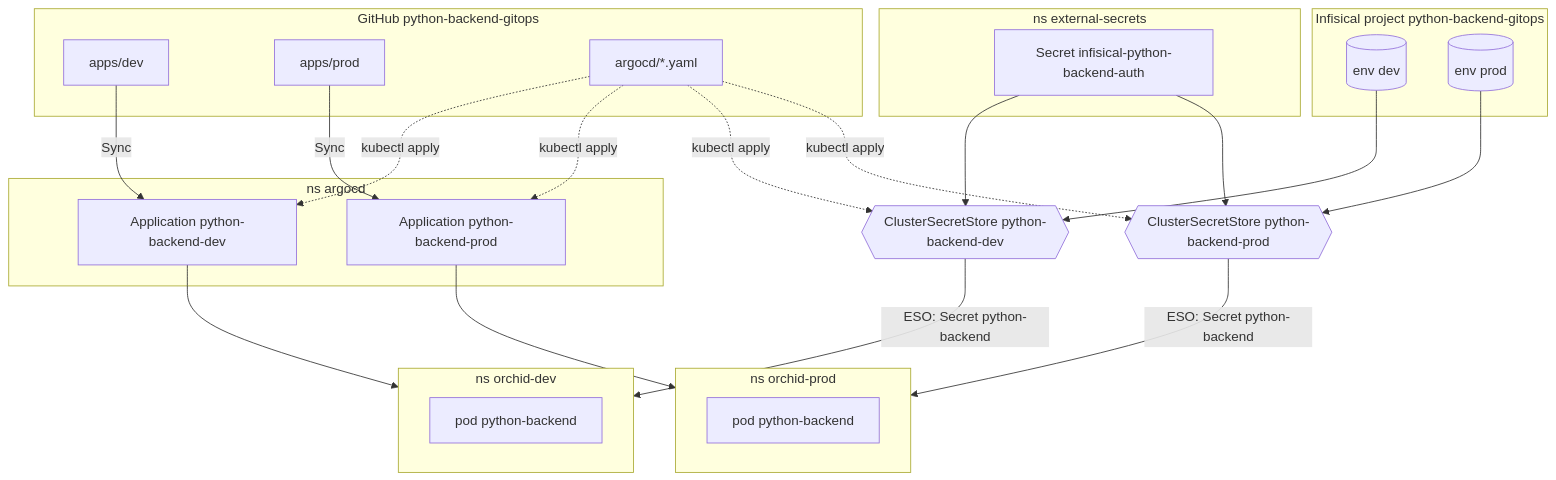
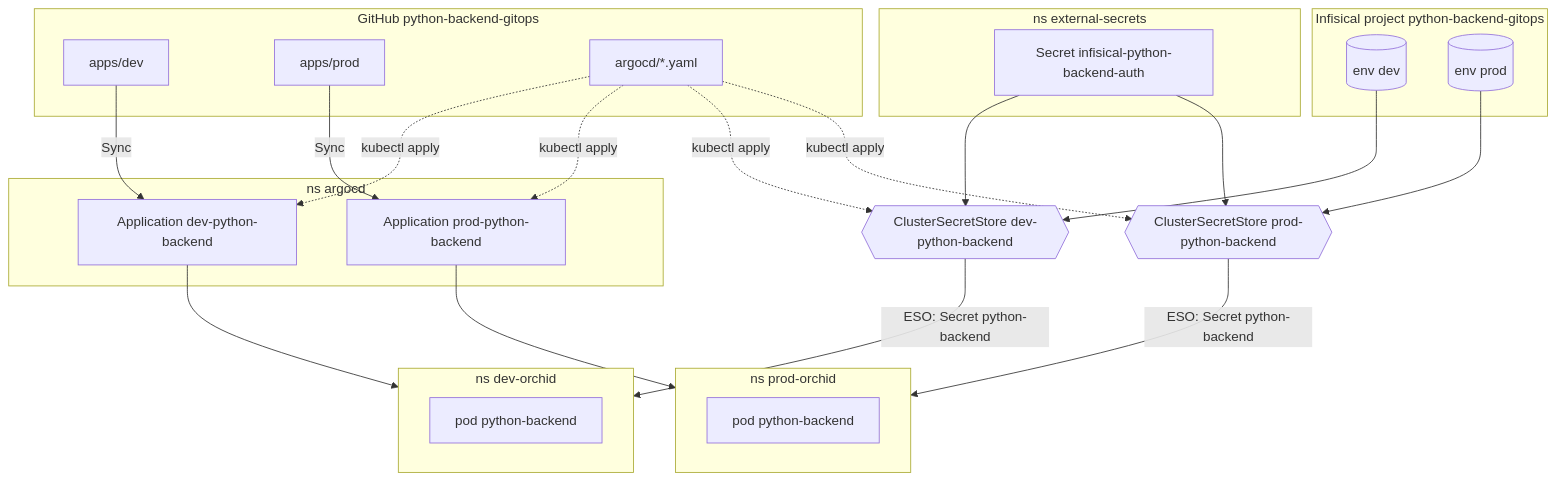
The diagram in docs/index.md (Everesto-Inc/python-backend-gitops), drawn with Mermaid before and after one commit. The commit also changed other lines of this file and 5 other files, not shown here.

Commit message:
env-first: namespace dev-orchid, app dev-python-backend

````diff
--- a/docs/index.md
+++ b/docs/index.md
@@ -9,33 +9,33 @@
 ```mermaid
 flowchart TB
   subgraph git[GitHub python-backend-gitops]
     D[apps/dev]
     P[apps/prod]
     A[argocd/*.yaml]
   end
   subgraph inf[Infisical project python-backend-gitops]
     ID[(env dev)]
     IP[(env prod)]
   end
   subgraph argo[ns argocd]
-    AD[Application python-backend-dev]
-    AP[Application python-backend-prod]
+    AD[Application dev-python-backend]
+    AP[Application prod-python-backend]
   end
   subgraph es[ns external-secrets]
     L[Secret infisical-python-backend-auth]
   end
-  SD{{ClusterSecretStore python-backend-dev}}
-  SP{{ClusterSecretStore python-backend-prod}}
-  subgraph nd[ns orchid-dev]
+  SD{{ClusterSecretStore dev-python-backend}}
+  SP{{ClusterSecretStore prod-python-backend}}
+  subgraph nd[ns dev-orchid]
     PD[pod python-backend]
   end
-  subgraph np[ns orchid-prod]
+  subgraph np[ns prod-orchid]
     PP[pod python-backend]
   end
   A -. kubectl apply .-> AD & AP & SD & SP
   D -->|Sync| AD --> nd
   P -->|Sync| AP --> np
   L --> SD & SP
   ID --> SD -->|ESO: Secret python-backend| nd
   IP --> SP -->|ESO: Secret python-backend| np
 ```
````
